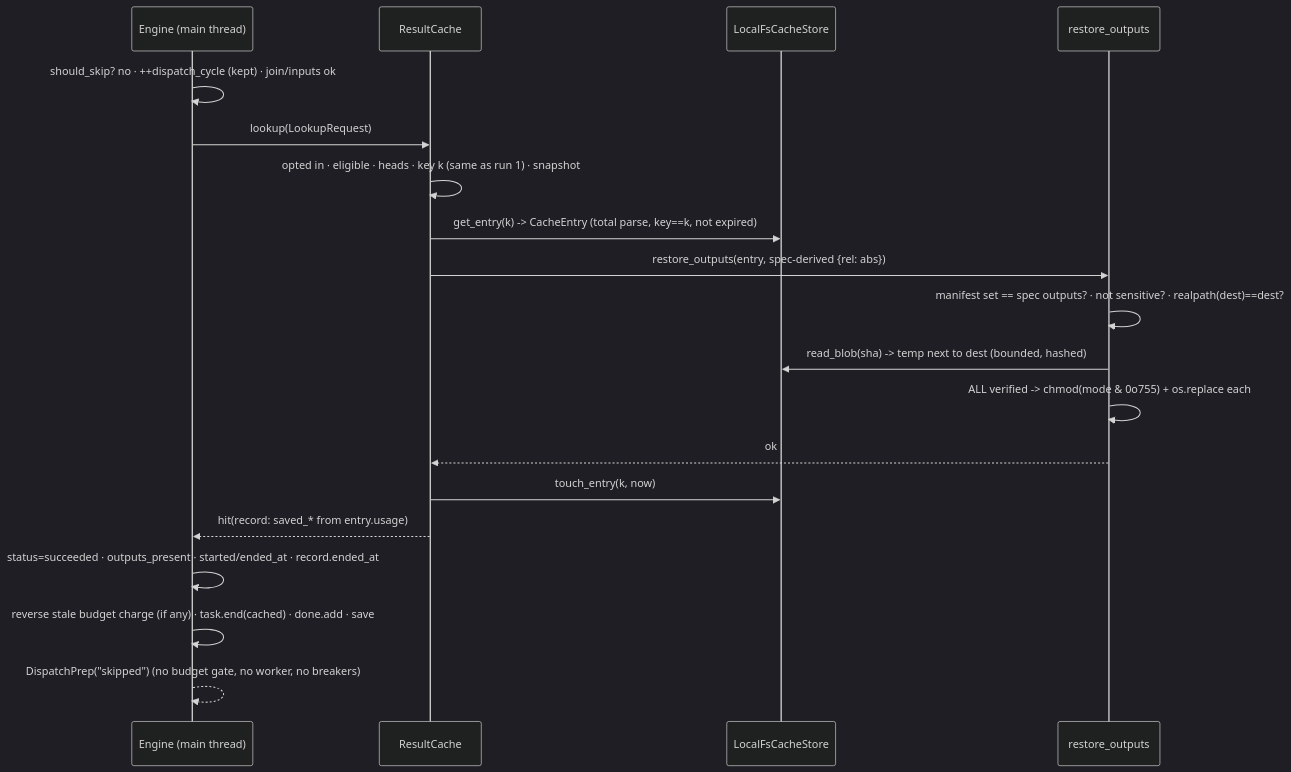
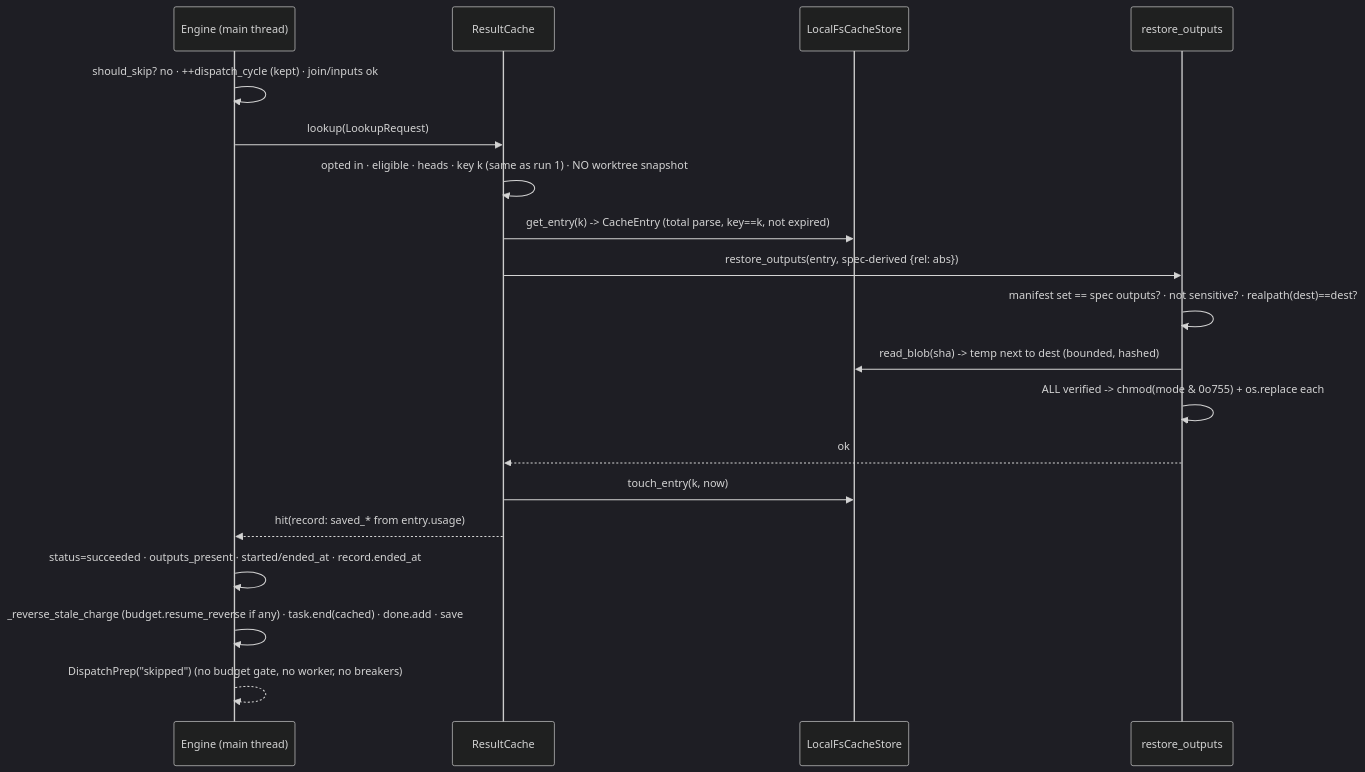
One commit to avadhootdivekar/agent-orchestrator changed the sixth of 10 diagrams in docs-md/cross-run-result-cache-hld.md. Above: the diagram before and after it, drawn with Mermaid (dark theme). The commit also changed other lines of this file and 56 other files, not shown here.

````diff
--- a/docs-md/cross-run-result-cache-hld.md
+++ b/docs-md/cross-run-result-cache-hld.md
@@ -2822,21 +3547,21 @@
 ```mermaid
 sequenceDiagram
   participant E as Engine (main thread)
   participant C as ResultCache
   participant S as LocalFsCacheStore
   participant R as restore_outputs
   E->>E: should_skip? no · ++dispatch_cycle (kept) · join/inputs ok
   E->>C: lookup(LookupRequest)
-  C->>C: opted in · eligible · heads · key k (same as run 1) · snapshot
+  C->>C: opted in · eligible · heads · key k (same as run 1) · NO worktree snapshot
   C->>S: get_entry(k) -> CacheEntry (total parse, key==k, not expired)
   C->>R: restore_outputs(entry, spec-derived {rel: abs})
   R->>R: manifest set == spec outputs? · not sensitive? · realpath(dest)==dest?
   R->>S: read_blob(sha) -> temp next to dest (bounded, hashed)
   R->>R: ALL verified -> chmod(mode & 0o755) + os.replace each
   R-->>C: ok
   C->>S: touch_entry(k, now)
   C-->>E: hit(record: saved_* from entry.usage)
   E->>E: status=succeeded · outputs_present · started/ended_at · record.ended_at
-  E->>E: reverse stale budget charge (if any) · task.end(cached) · done.add · save
+  E->>E: _reverse_stale_charge (budget.resume_reverse if any) · task.end(cached) · done.add · save
   E-->>E: DispatchPrep("skipped")  (no budget gate, no worker, no breakers)
 ```
````
